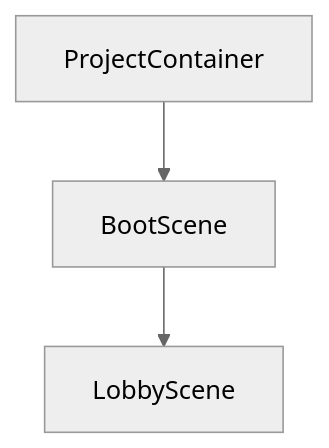
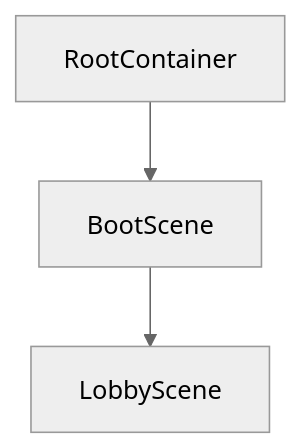
One commit to gustavopsantos/Reflex changed the second of 2 diagrams in .github/README.md. Above: the diagram before and after it, drawn with Mermaid (neutral theme). The commit also changed other lines of this file and 3 other files, not shown here.

````diff
--- a/.github/README.md
+++ b/.github/README.md
@@ -249,5 +244,5 @@
 ```mermaid
 graph
-ProjectContainer-->BootScene
+RootContainer-->BootScene
 BootScene-->LobbyScene
 ```
````
